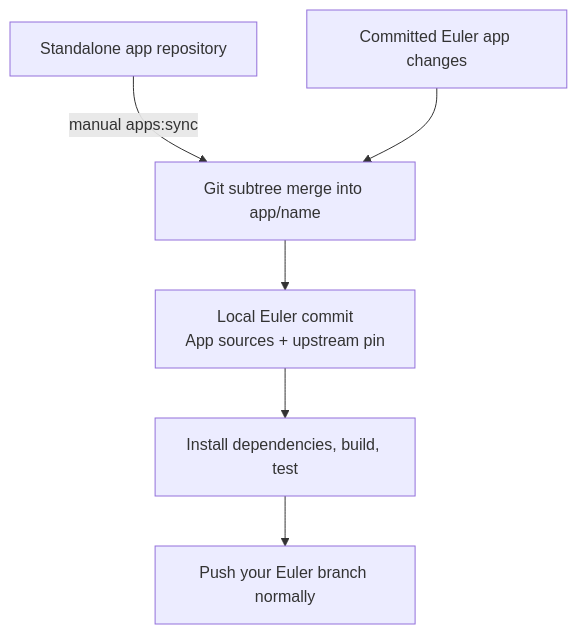
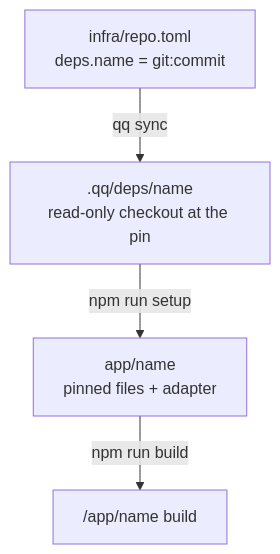
One commit to quirq-ai/euler changed the diagram in docs/app-updates.md. Above: the diagram before and after it, drawn with Mermaid. The commit also changed other lines of this file and 569 other files, not shown here.

First line of the commit message:
Pin the apps with qq sync instead of carrying their sources (#2)

````diff
--- a/docs/app-updates.md
+++ b/docs/app-updates.md
@@ -49,8 +19,6 @@
 ```mermaid
 flowchart TB
-    Upstream["Standalone app repository"] -->|manual apps:sync| Merge["Git subtree merge into app/name"]
-    Local["Committed Euler app changes"] --> Merge
-    Merge --> Commit["Local Euler commit<br/>App sources + upstream pin"]
-    Commit --> Verify["Install dependencies, build, test"]
-    Verify --> Push["Push your Euler branch normally"]
+    Pin["infra/repo.toml<br/>deps.name = git:commit"] -->|qq sync| Store[".qq/deps/name<br/>read-only checkout at the pin"]
+    Store -->|npm run setup| Copy["app/name<br/>pinned files + adapter"]
+    Copy -->|npm run build| Build["/app/name build"]
 ```
````
